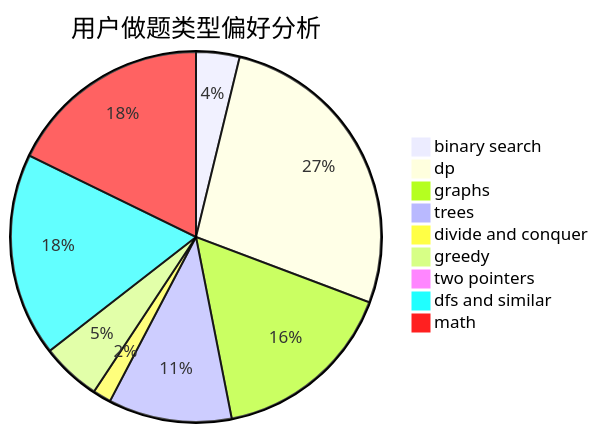
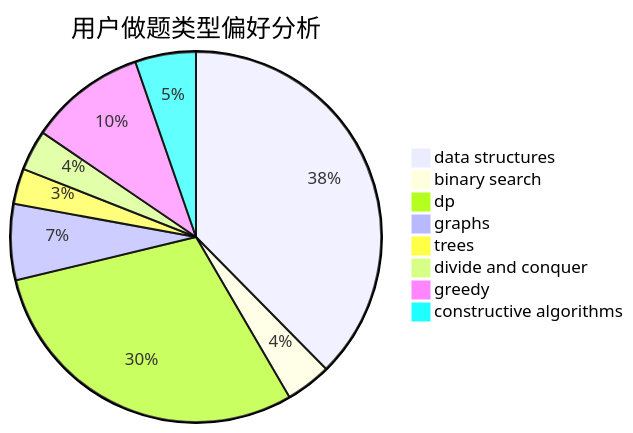
Before and after one commit to sherpahu/cfrs.github.io: the second of 3 diagrams in docs/user/u1724.md, drawn with Mermaid. The commit also changed other lines of this file and 2775 other files, not shown here.

````diff
--- a/docs/user/u1724.md
+++ b/docs/user/u1724.md
@@ -23,12 +23,11 @@
 ```mermaid
 pie title 用户做题类型偏好分析
-    "binary search" :  19
-    "dp" :  135
-    "graphs" :  81
-    "trees" :  54
+    "data structures" :  85
+    "binary search" :  9
+    "dp" :  67
+    "graphs" :  15
+    "trees" :  7
     "divide and conquer" :  8
-    "greedy" :  26
-    "two pointers" :  5
-    "dfs and similar" :  89
-    "math" :  89
+    "greedy" :  23
+    "constructive algorithms" :  12
 ```
````
